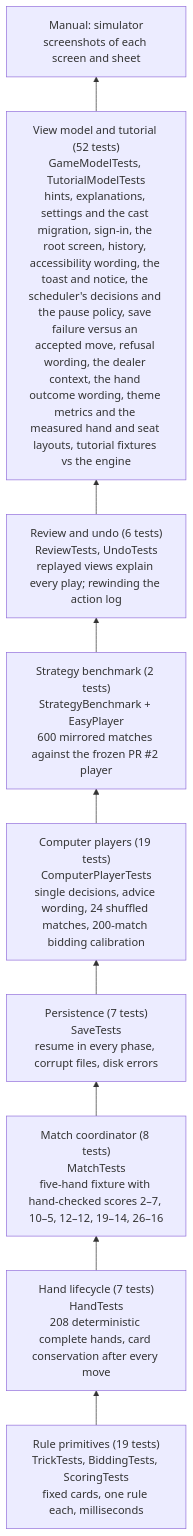
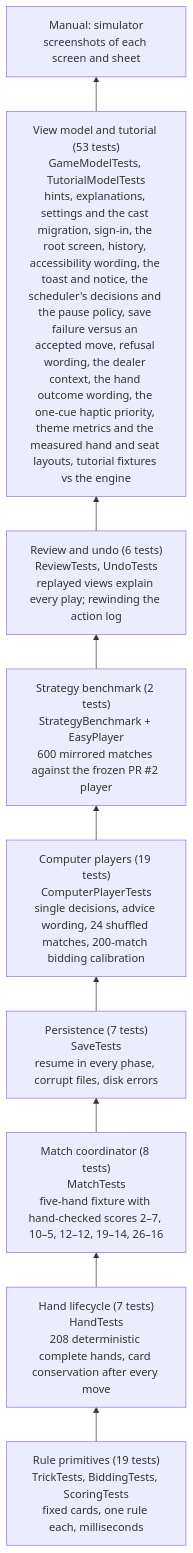
The first of 2 diagrams in docs/testing.md (cmurphy1140/catch-5), drawn with Mermaid before and after one commit. The commit also changed other lines of this file and 11 other files, not shown here.

First line of the commit message:
Accessibility and feedback: covers, focus, announcements, motion, contrast, one haptic (#28)

````diff
--- a/docs/testing.md
+++ b/docs/testing.md
@@ -40,13 +40,13 @@
 ```mermaid
 flowchart BT
     L1["Rule primitives (19 tests)<br/>TrickTests, BiddingTests, ScoringTests<br/>fixed cards, one rule each, milliseconds"]
     L2["Hand lifecycle (7 tests)<br/>HandTests<br/>208 deterministic complete hands, card conservation after every move"]
     L3["Match coordinator (8 tests)<br/>MatchTests<br/>five-hand fixture with hand-checked scores 2–7, 10–5, 12–12, 19–14, 26–16"]
     L4["Persistence (7 tests)<br/>SaveTests<br/>resume in every phase, corrupt files, disk errors"]
     L5["Computer players (19 tests)<br/>ComputerPlayerTests<br/>single decisions, advice wording, 24 shuffled matches, 200-match bidding calibration"]
     L5b["Strategy benchmark (2 tests)<br/>StrategyBenchmark + EasyPlayer<br/>600 mirrored matches against the frozen PR #2 player"]
     L5c["Review and undo (6 tests)<br/>ReviewTests, UndoTests<br/>replayed views explain every play; rewinding the action log"]
-    L6["View model and tutorial (52 tests)<br/>GameModelTests, TutorialModelTests<br/>hints, explanations, settings and the cast migration, sign-in, the root screen, history, accessibility wording, the toast and notice, the scheduler's decisions and the pause policy, save failure versus an accepted move, refusal wording, the dealer context, the hand outcome wording, theme metrics and the measured hand and seat layouts, tutorial fixtures vs the engine"]
+    L6["View model and tutorial (53 tests)<br/>GameModelTests, TutorialModelTests<br/>hints, explanations, settings and the cast migration, sign-in, the root screen, history, accessibility wording, the toast and notice, the scheduler's decisions and the pause policy, save failure versus an accepted move, refusal wording, the dealer context, the hand outcome wording, the one-cue haptic priority, theme metrics and the measured hand and seat layouts, tutorial fixtures vs the engine"]
     L7["Manual: simulator<br/>screenshots of each screen and sheet"]
     L1 --> L2 --> L3 --> L4 --> L5 --> L5b --> L5c --> L6 --> L7
 ```
````
